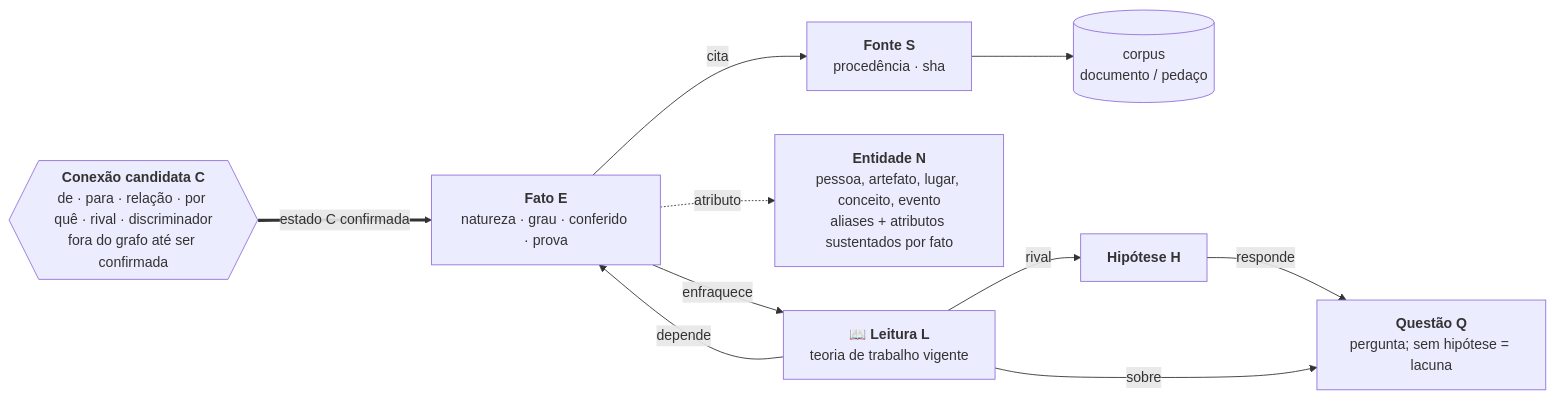
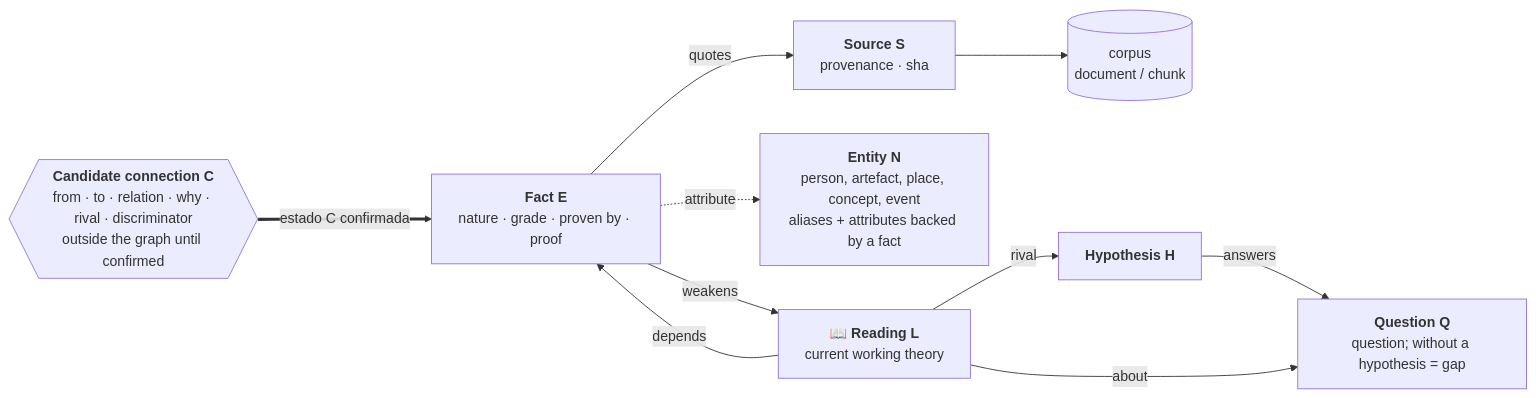
Before and after one commit to jhonymiler/holmes: the second of 6 diagrams in MODELO.md, drawn with Mermaid. The commit also changed other lines of this file and 34 other files, not shown here.

````diff
--- a/MODELO.md
+++ b/MODELO.md
@@ -40,20 +41,20 @@
 ```mermaid
 flowchart LR
-    E["<b>Fato E</b><br/>natureza · grau · conferido · prova"]
-    S["<b>Fonte S</b><br/>procedência · sha"]
-    CO[("corpus<br/>documento / pedaço")]
-    N["<b>Entidade N</b><br/>pessoa, artefato, lugar, conceito, evento<br/>aliases + atributos sustentados por fato"]
-    Q["<b>Questão Q</b><br/>pergunta; sem hipótese = lacuna"]
-    H["<b>Hipótese H</b>"]
-    C{{"<b>Conexão candidata C</b><br/>de · para · relação · por quê · rival · discriminador<br/>fora do grafo até ser confirmada"}}
-    L["📖 <b>Leitura L</b><br/>teoria de trabalho vigente"]
+    E["<b>Fact E</b><br/>nature · grade · proven by · proof"]
+    S["<b>Source S</b><br/>provenance · sha"]
+    CO[("corpus<br/>document / chunk")]
+    N["<b>Entity N</b><br/>person, artefact, place, concept, event<br/>aliases + attributes backed by a fact"]
+    Q["<b>Question Q</b><br/>question; without a hypothesis = gap"]
+    H["<b>Hypothesis H</b>"]
+    C{{"<b>Candidate connection C</b><br/>from · to · relation · why · rival · discriminator<br/>outside the graph until confirmed"}}
+    L["📖 <b>Reading L</b><br/>current working theory"]
 
-    E -- cita --> S --> CO
-    E -. atributo .-> N
-    H -- responde --> Q
+    E -- quotes --> S --> CO
+    E -. attribute .-> N
+    H -- answers --> Q
     C == "estado C confirmada" ==> E
-    L -- depende --> E
-    E -- enfraquece --> L
+    L -- depends --> E
+    E -- weakens --> L
     L -- rival --> H
-    L -- sobre --> Q
+    L -- about --> Q
 ```
````
